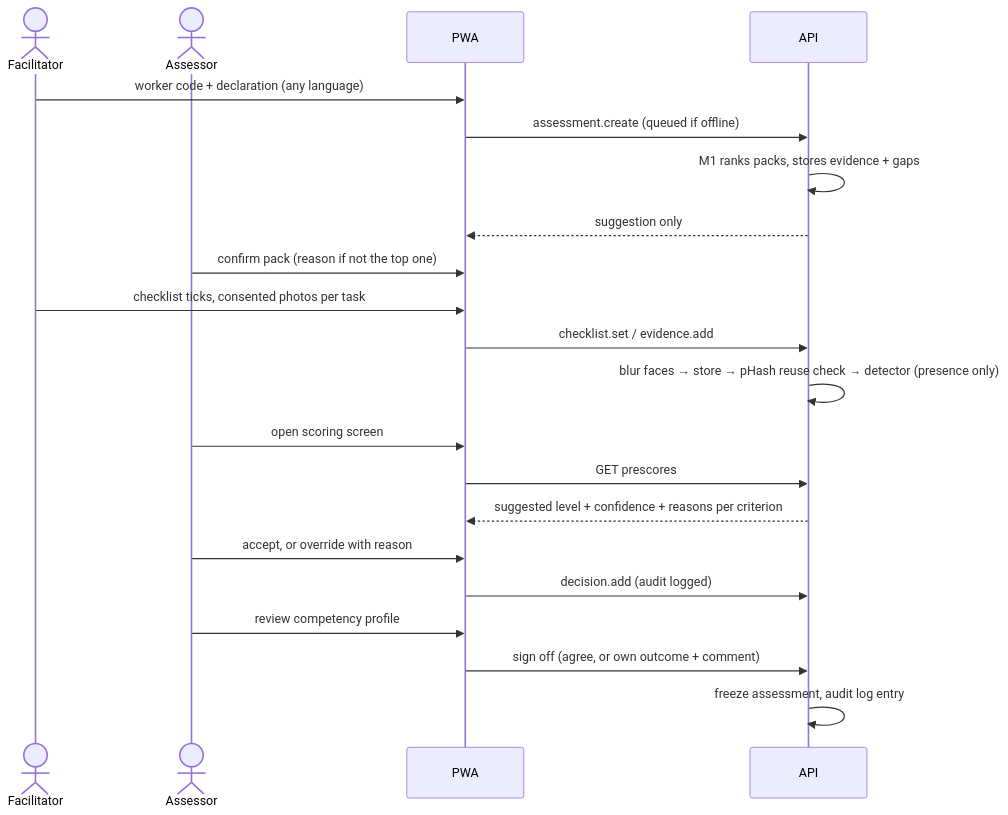
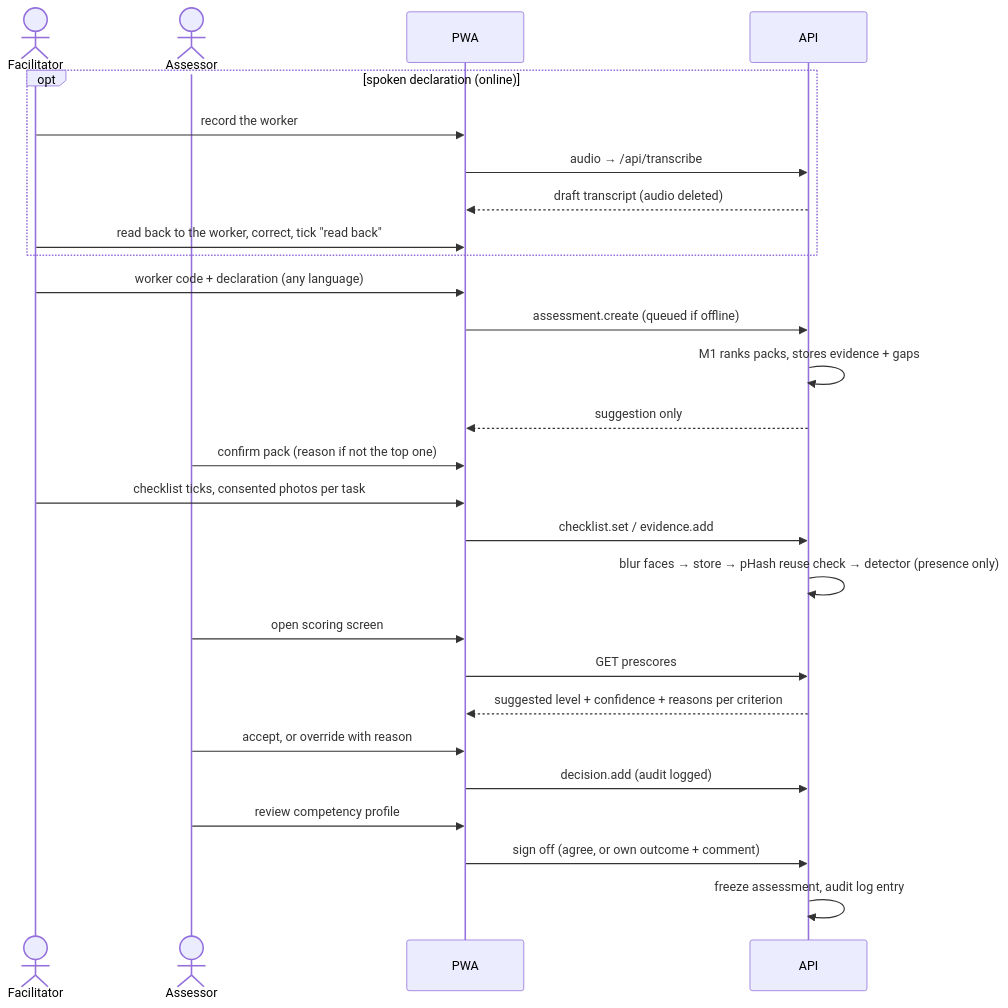
Before and after one commit to Maosama01/hunar: the second of 2 diagrams in docs/architecture.md, drawn with Mermaid. The commit also changed other lines of this file and 43 other files, not shown here.

````diff
--- a/docs/architecture.md
+++ b/docs/architecture.md
@@ -31,23 +33,29 @@
 ```mermaid
 sequenceDiagram
   actor F as Facilitator
   actor A as Assessor
   participant App as PWA
   participant S as API
+  opt spoken declaration (online)
+    F->>App: record the worker
+    App->>S: audio → /api/transcribe
+    S-->>App: draft transcript (audio deleted)
+    F->>App: read back to the worker, correct, tick "read back"
+  end
   F->>App: worker code + declaration (any language)
   App->>S: assessment.create (queued if offline)
   S->>S: M1 ranks packs, stores evidence + gaps
   S-->>App: suggestion only
   A->>App: confirm pack (reason if not the top one)
   F->>App: checklist ticks, consented photos per task
   App->>S: checklist.set / evidence.add
   S->>S: blur faces → store → pHash reuse check → detector (presence only)
   A->>App: open scoring screen
   App->>S: GET prescores
   S-->>App: suggested level + confidence + reasons per criterion
   A->>App: accept, or override with reason
   App->>S: decision.add (audit logged)
   A->>App: review competency profile
   App->>S: sign off (agree, or own outcome + comment)
   S->>S: freeze assessment, audit log entry
 ```
````
